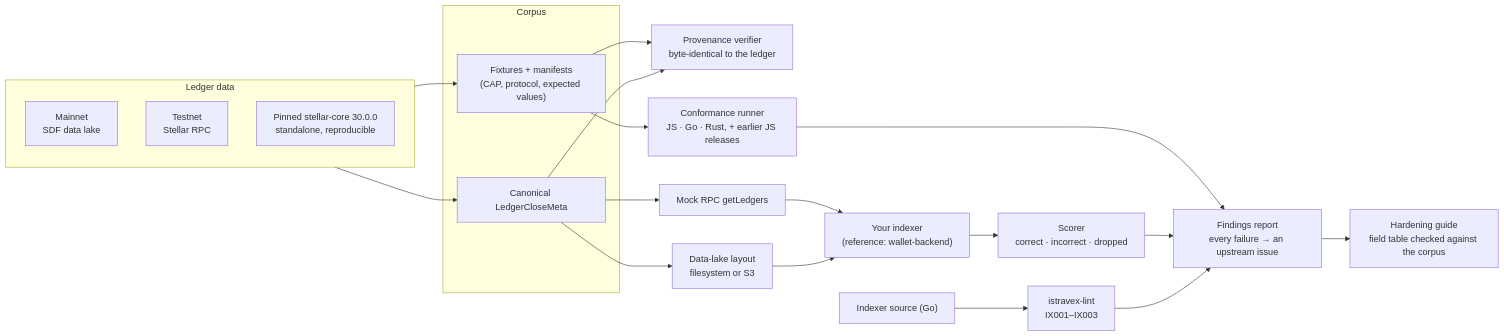
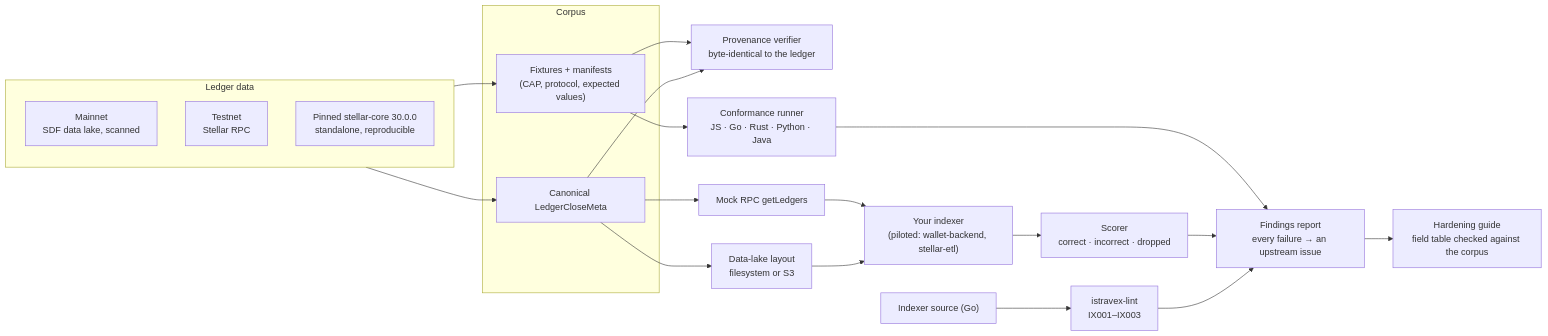
One commit to hackcat29/istravex changed the diagram in public/proposal.md. Above: the diagram before and after it, drawn with Mermaid. The commit also changed other lines of this file and 24 other files, not shown here.

````diff
--- a/public/proposal.md
+++ b/public/proposal.md
@@ -20,27 +20,27 @@
 ```mermaid
 flowchart LR
   subgraph sources["Ledger data"]
-    M["Mainnet<br/>SDF data lake"]
+    M["Mainnet<br/>SDF data lake, scanned"]
     T["Testnet<br/>Stellar RPC"]
     G["Pinned stellar-core 30.0.0<br/>standalone, reproducible"]
   end
   subgraph corpus["Corpus"]
     F["Fixtures + manifests<br/>(CAP, protocol, expected values)"]
     L["Canonical LedgerCloseMeta"]
   end
   sources --> F
   sources --> L
   F --> V["Provenance verifier<br/>byte-identical to the ledger"]
   L --> V
-  F --> R["Conformance runner<br/>JS · Go · Rust, + earlier JS releases"]
+  F --> R["Conformance runner<br/>JS · Go · Rust · Python · Java"]
   L --> RPC["Mock RPC getLedgers"]
   L --> LAKE["Data-lake layout<br/>filesystem or S3"]
-  RPC --> IDX["Your indexer<br/>(reference: wallet-backend)"]
+  RPC --> IDX["Your indexer<br/>(piloted: wallet-backend, stellar-etl)"]
   LAKE --> IDX
   IDX --> S["Scorer<br/>correct · incorrect · dropped"]
   SRC["Indexer source (Go)"] --> LINT["istravex-lint<br/>IX001–IX003"]
   R --> FR["Findings report<br/>every failure → an upstream issue"]
   S --> FR
   LINT --> FR
   FR --> GUIDE["Hardening guide<br/>field table checked against the corpus"]
 ```
````
